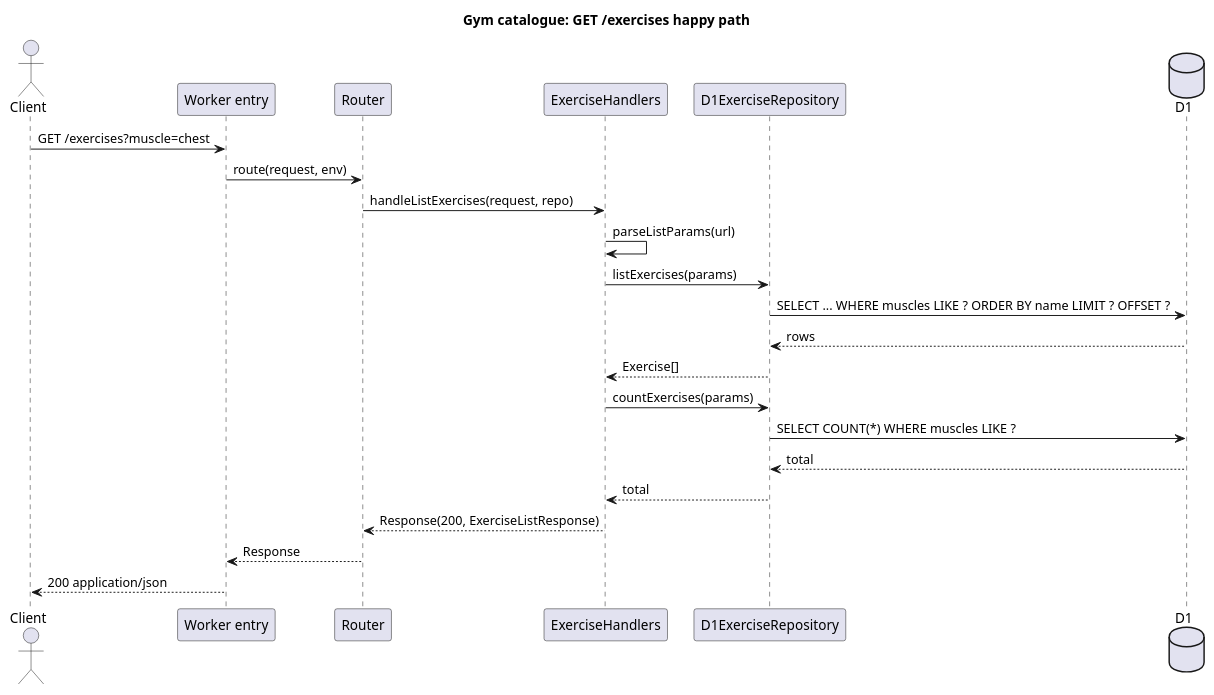
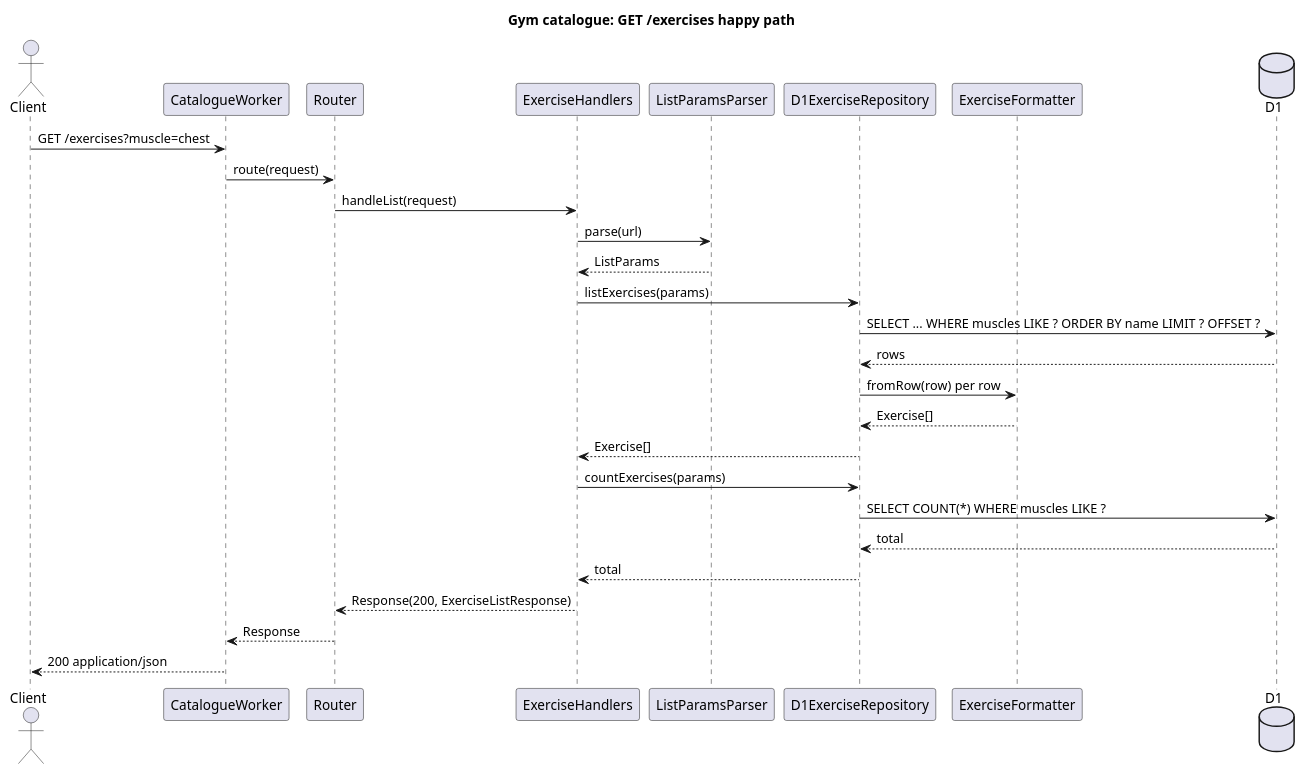
The diagram in docs/uml/catalogue/sequence-get-exercises.puml (bobosiband/Gym), drawn with PlantUML before and after one commit. The commit also changed 27 other files, not shown here.

```diff
--- a/docs/uml/catalogue/sequence-get-exercises.puml
+++ b/docs/uml/catalogue/sequence-get-exercises.puml
@@ -1,27 +1,32 @@
 @startuml catalogue-get-exercises
 title Gym catalogue: GET /exercises happy path
 
 actor Client
-participant "Worker entry" as Entry
+participant "CatalogueWorker" as Worker
 participant "Router" as Router
 participant "ExerciseHandlers" as Handlers
+participant "ListParamsParser" as Parser
 participant "D1ExerciseRepository" as Repo
+participant "ExerciseFormatter" as Fmt
 database "D1" as DB
 
-Client -> Entry : GET /exercises?muscle=chest
-Entry -> Router : route(request, env)
-Router -> Handlers : handleListExercises(request, repo)
-Handlers -> Handlers : parseListParams(url)
+Client -> Worker : GET /exercises?muscle=chest
+Worker -> Router : route(request)
+Router -> Handlers : handleList(request)
+Handlers -> Parser : parse(url)
+Parser --> Handlers : ListParams
 Handlers -> Repo : listExercises(params)
 Repo -> DB : SELECT ... WHERE muscles LIKE ? ORDER BY name LIMIT ? OFFSET ?
 DB --> Repo : rows
+Repo -> Fmt : fromRow(row) per row
+Fmt --> Repo : Exercise[]
 Repo --> Handlers : Exercise[]
 Handlers -> Repo : countExercises(params)
 Repo -> DB : SELECT COUNT(*) WHERE muscles LIKE ?
 DB --> Repo : total
 Repo --> Handlers : total
 Handlers --> Router : Response(200, ExerciseListResponse)
-Router --> Entry : Response
-Entry --> Client : 200 application/json
+Router --> Worker : Response
+Worker --> Client : 200 application/json
 
 @enduml
```
